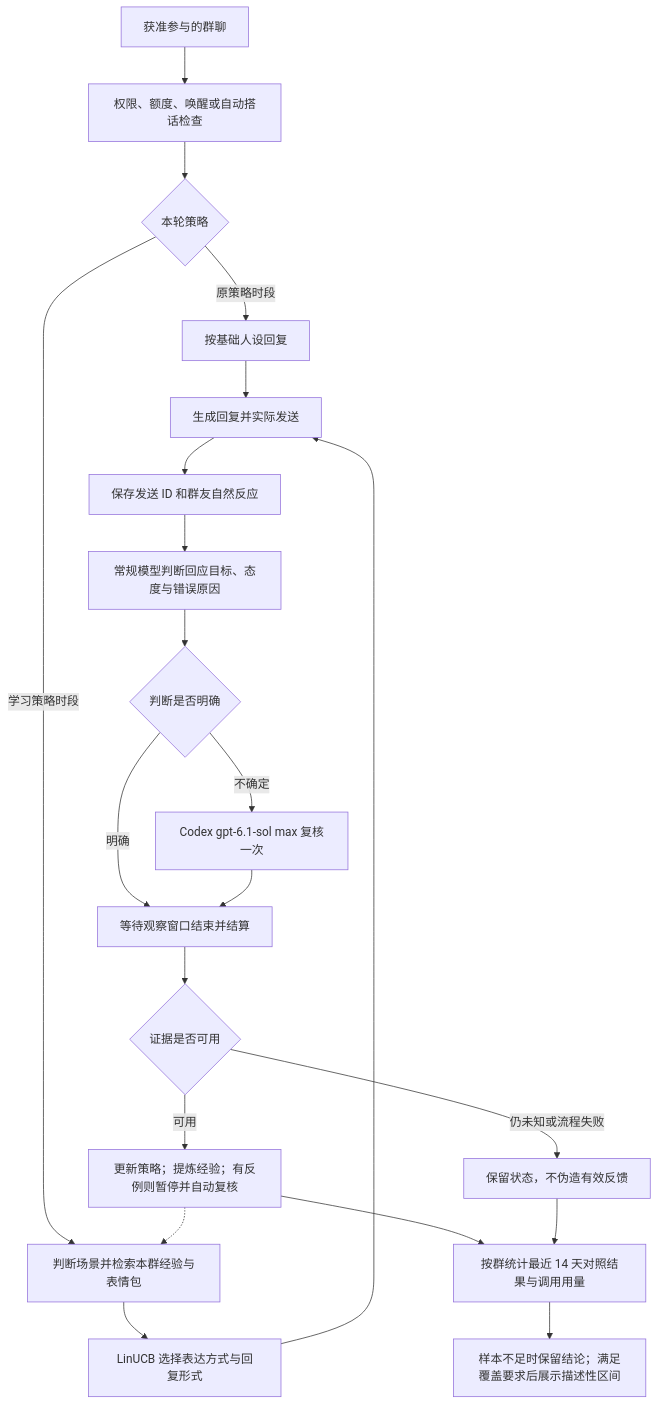
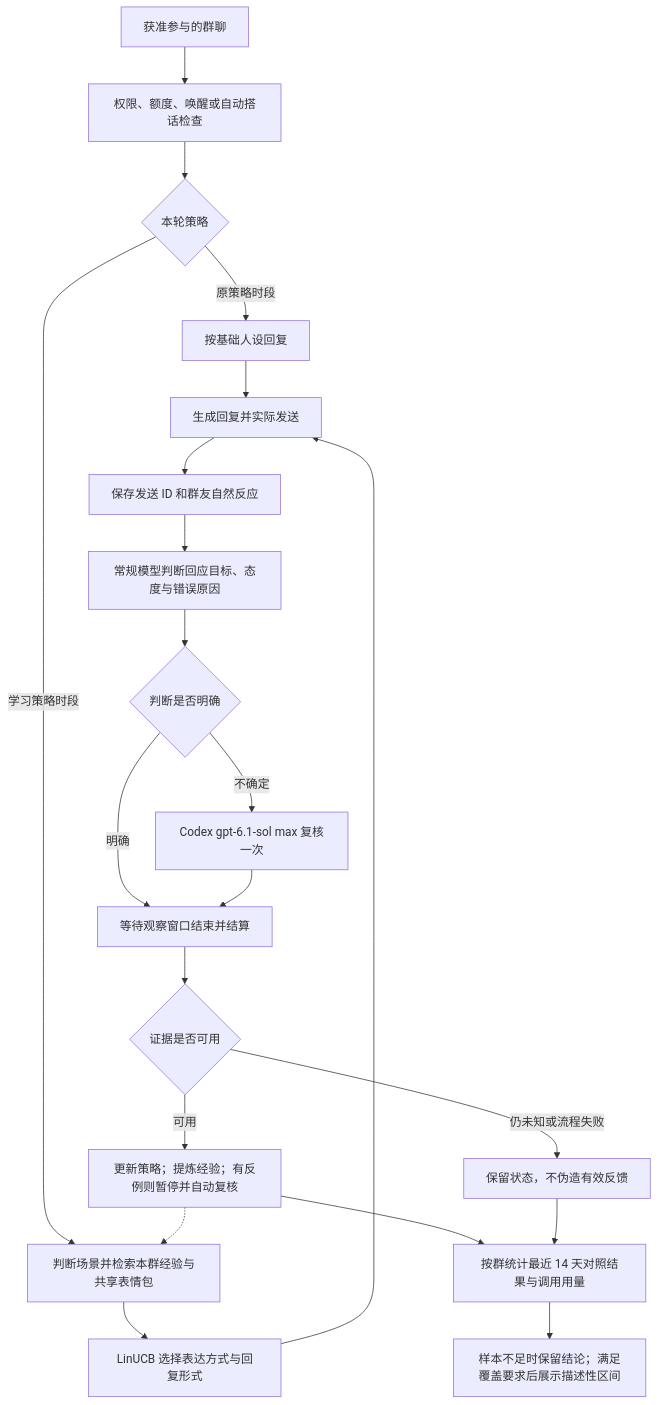
Before and after one commit to ryujou/astrbot_plugin_qq_chat_control: the diagram in README.md, drawn with Mermaid. The commit also changed other lines of this file and 9 other files, not shown here.

````diff
--- a/README.md
+++ b/README.md
@@ -46,23 +46,23 @@
 ```mermaid
 flowchart TD
     A[获准参与的群聊] --> B[权限、额度、唤醒或自动搭话检查]
     B --> C{本轮策略}
     C -->|原策略时段| D[按基础人设回复]
-    C -->|学习策略时段| E[判断场景并检索本群经验与表情包]
+    C -->|学习策略时段| E[判断场景并检索本群经验与共享表情包]
     E --> F[LinUCB 选择表达方式与回复形式]
     F --> G[生成回复并实际发送]
     D --> G
     G --> H[保存发送 ID 和群友自然反应]
     H --> I[常规模型判断回应目标、态度与错误原因]
     I --> J{判断是否明确}
     J -->|不确定| K[Codex gpt-6.1-sol max 复核一次]
     J -->|明确| L[等待观察窗口结束并结算]
     K --> L
     L --> M{证据是否可用}
     M -->|可用| N[更新策略；提炼经验；有反例则暂停并自动复核]
     M -->|仍未知或流程失败| O[保留状态，不伪造有效反馈]
     N -.-> E
     N --> P[按群统计最近 14 天对照结果与调用用量]
     O --> P
     P --> Q[样本不足时保留结论；满足覆盖要求后展示描述性区间]
 ```
````
